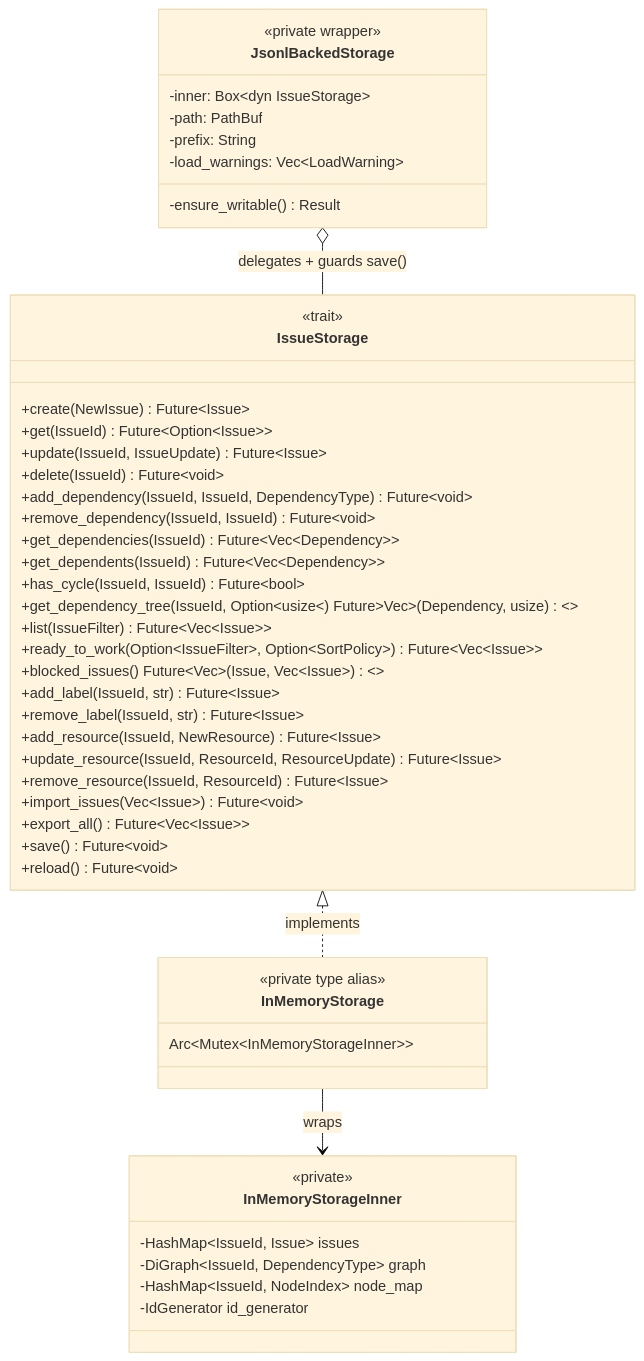
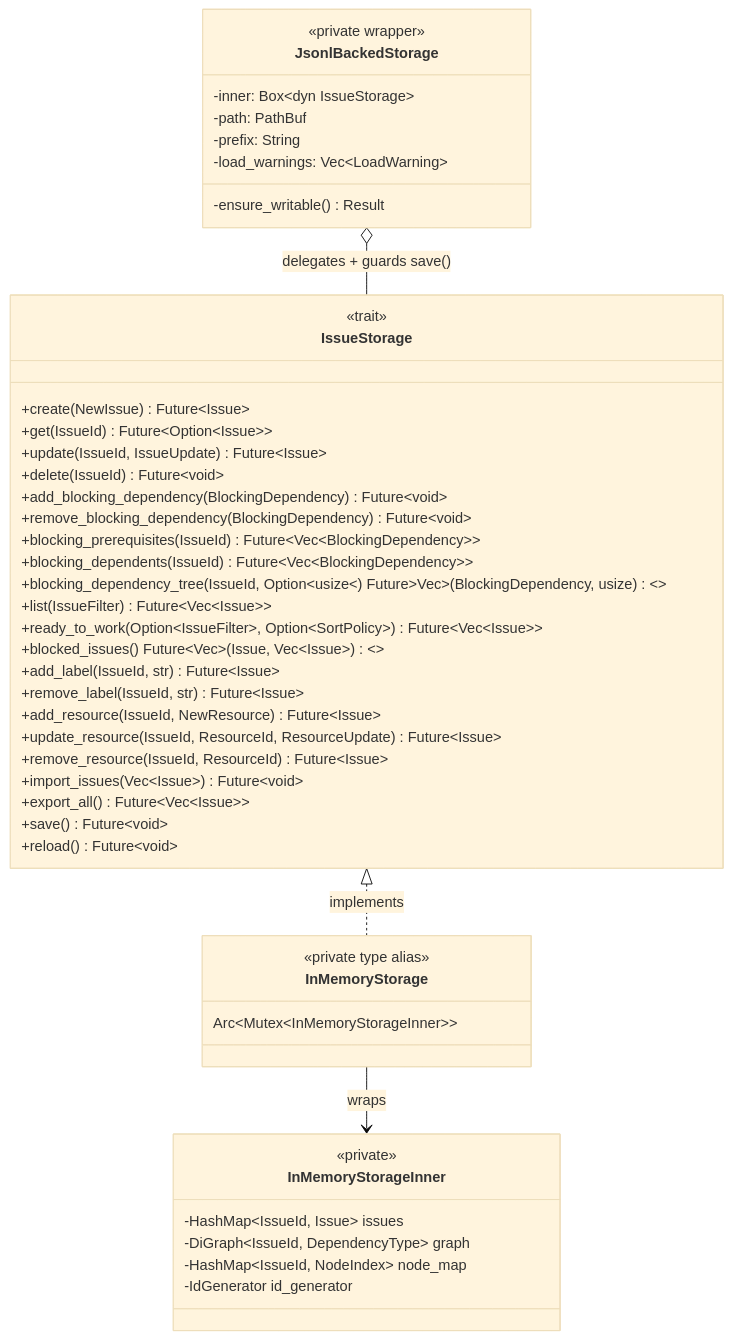
The first of 9 diagrams in docs/storage-architecture.md (dwalleck/rivets), drawn with Mermaid (base theme) before and after one commit. The commit also changed other lines of this file and 24 other files, not shown here.

````diff
--- a/docs/storage-architecture.md
+++ b/docs/storage-architecture.md
@@ -7,54 +7,53 @@
 ```mermaid
 classDiagram
     class IssueStorage {
         <<trait>>
         +create(NewIssue) Future~Issue~
         +get(IssueId) Future~Option~Issue~~
         +update(IssueId, IssueUpdate) Future~Issue~
         +delete(IssueId) Future~void~
-        +add_dependency(IssueId, IssueId, DependencyType) Future~void~
-        +remove_dependency(IssueId, IssueId) Future~void~
-        +get_dependencies(IssueId) Future~Vec~Dependency~~
-        +get_dependents(IssueId) Future~Vec~Dependency~~
-        +has_cycle(IssueId, IssueId) Future~bool~
-        +get_dependency_tree(IssueId, Option~usize~) Future~Vec~(Dependency, usize)~~
+        +add_blocking_dependency(BlockingDependency) Future~void~
+        +remove_blocking_dependency(BlockingDependency) Future~void~
+        +blocking_prerequisites(IssueId) Future~Vec~BlockingDependency~~
+        +blocking_dependents(IssueId) Future~Vec~BlockingDependency~~
+        +blocking_dependency_tree(IssueId, Option~usize~) Future~Vec~(BlockingDependency, usize)~~
         +list(IssueFilter) Future~Vec~Issue~~
         +ready_to_work(Option~IssueFilter~, Option~SortPolicy~) Future~Vec~Issue~~
         +blocked_issues() Future~Vec~(Issue, Vec~Issue~)~~
         +add_label(IssueId, str) Future~Issue~
         +remove_label(IssueId, str) Future~Issue~
         +add_resource(IssueId, NewResource) Future~Issue~
         +update_resource(IssueId, ResourceId, ResourceUpdate) Future~Issue~
         +remove_resource(IssueId, ResourceId) Future~Issue~
         +import_issues(Vec~Issue~) Future~void~
         +export_all() Future~Vec~Issue~~
         +save() Future~void~
         +reload() Future~void~
     }
 
     class InMemoryStorage {
         <<private type alias>>
         Arc~Mutex~InMemoryStorageInner~~
     }
 
     class InMemoryStorageInner {
         <<private>>
         -HashMap~IssueId, Issue~ issues
         -DiGraph~IssueId, DependencyType~ graph
         -HashMap~IssueId, NodeIndex~ node_map
         -IdGenerator id_generator
     }
 
     class JsonlBackedStorage {
         <<private wrapper>>
         -inner: Box~dyn IssueStorage~
         -path: PathBuf
         -prefix: String
         -load_warnings: Vec~LoadWarning~
         -ensure_writable() Result
     }
 
     IssueStorage <|.. InMemoryStorage : implements
     InMemoryStorage --> InMemoryStorageInner : wraps
     JsonlBackedStorage o-- IssueStorage : delegates + guards save()
 ```
````
